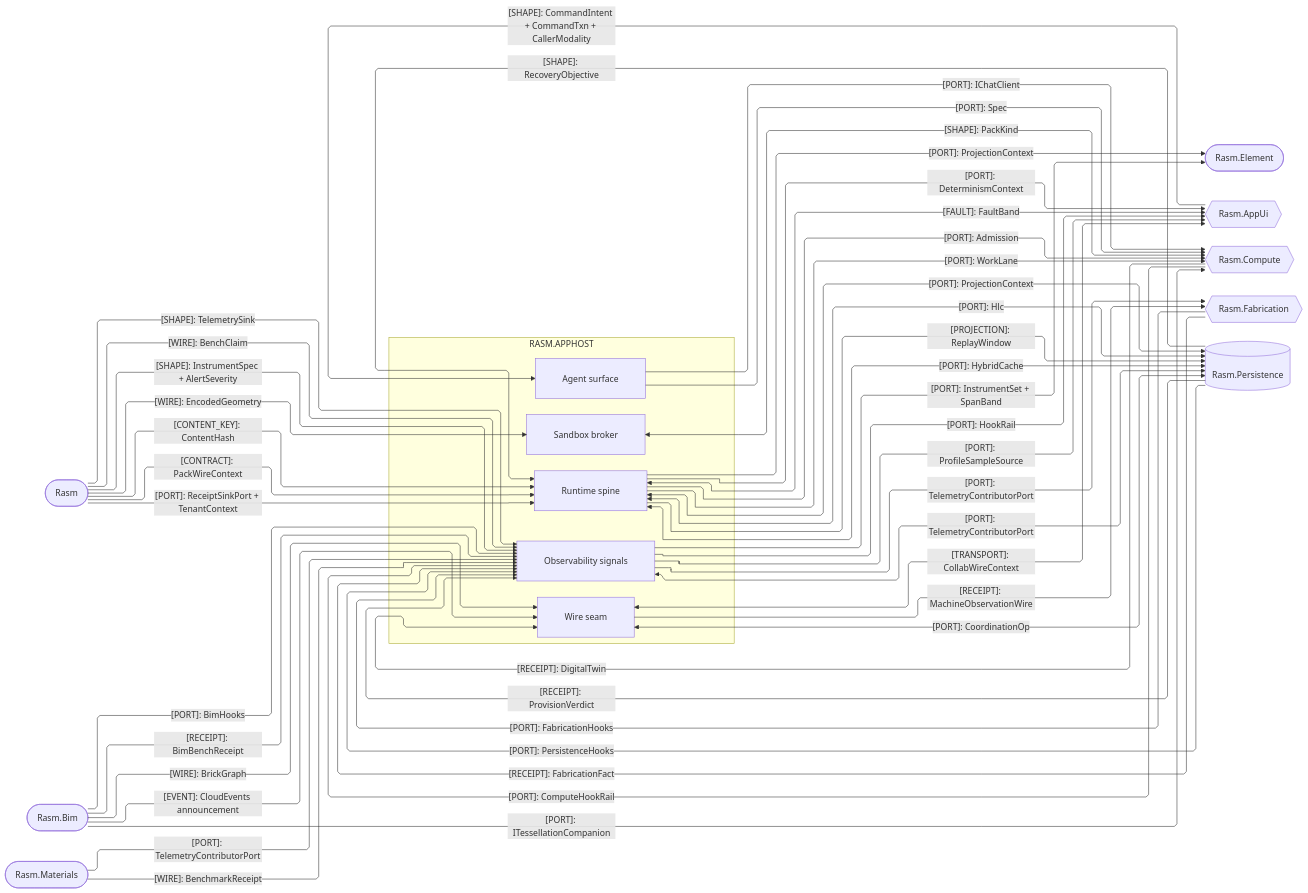
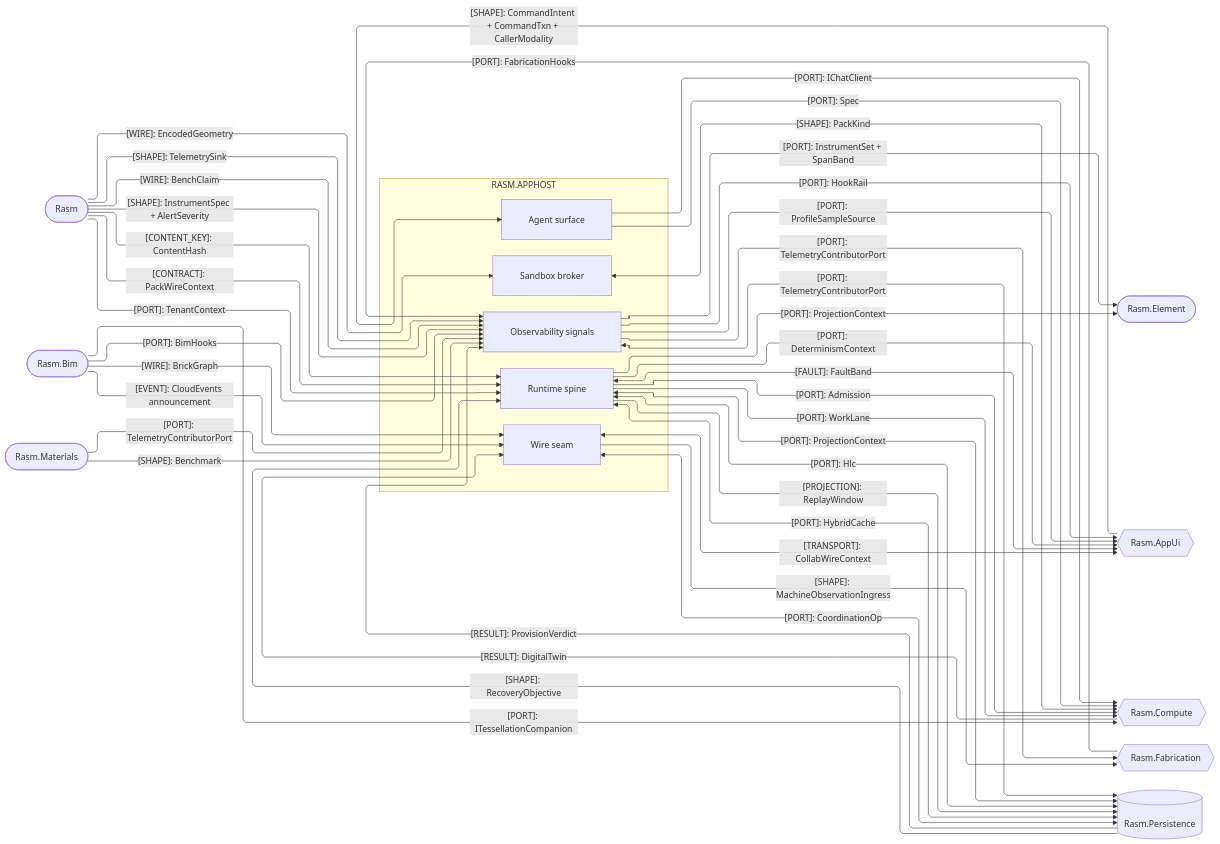
Before and after one commit to bsamiee/Rasm: the third of 4 diagrams in libs/dotnet/Rasm.AppHost/ARCHITECTURE.md, drawn with Mermaid. The commit also changed other lines of this file and 1417 other files, not shown here.

````diff
--- a/libs/dotnet/Rasm.AppHost/ARCHITECTURE.md
+++ b/libs/dotnet/Rasm.AppHost/ARCHITECTURE.md
@@ -155,69 +154,65 @@
 ```mermaid
 ---
 config:
   layout: elk
   flowchart:
     curve: linear
     padding: 25
 ---
 flowchart LR
     accTitle: AppHost C# platform seams
-    accDescr: Which ports, wires, receipts, and content keys cross between AppHost and every .NET peer.
+    accDescr: Which ports, wires, domain shapes, and content keys cross between AppHost and every .NET peer.
     subgraph apphost[RASM.APPHOST]
         Runtime[Runtime spine]
         Agent[Agent surface]
         Wire[Wire seam]
         Sandbox[Sandbox broker]
         Observability[Observability signals]
     end
     Kernel([Rasm])
     Bim([Rasm.Bim])
     Element([Rasm.Element])
     Materials([Rasm.Materials])
     AppUi{{Rasm.AppUi}}
     Compute{{Rasm.Compute}}
     Fabrication{{Rasm.Fabrication}}
     Persistence[(Rasm.Persistence)]
     Kernel e1@-->|"[WIRE]: EncodedGeometry"| Sandbox
     Kernel e2@-->|"[SHAPE]: TelemetrySink"| Observability
     Kernel e3@-->|"[WIRE]: BenchClaim"| Observability
     Kernel e4@-->|"[SHAPE]: InstrumentSpec + AlertSeverity"| Observability
     Kernel e5@-->|"[CONTENT_KEY]: ContentHash"| Runtime
     Kernel e6@-->|"[CONTRACT]: PackWireContext"| Runtime
-    Kernel e7@-->|"[PORT]: ReceiptSinkPort + TenantContext"| Runtime
+    Kernel e7@-->|"[PORT]: TenantContext"| Runtime
     Bim e8@-->|"[PORT]: BimHooks"| Observability
-    Bim e9@-->|"[RECEIPT]: BimBenchReceipt"| Observability
     Bim e10@-->|"[EVENT]: CloudEvents announcement"| Wire
     Bim e11@-->|"[WIRE]: BrickGraph"| Wire
     Bim e42@-->|"[PORT]: ITessellationCompanion"| Compute
     Runtime e12@-->|"[PORT]: ProjectionContext"| Element
     Observability e13@-->|"[PORT]: InstrumentSet + SpanBand"| Element
     Materials e14@-->|"[PORT]: TelemetryContributorPort"| Observability
-    Materials e15@-->|"[WIRE]: BenchmarkReceipt"| Observability
+    Materials e15@-->|"[SHAPE]: Benchmark"| Observability
     Runtime e16@-->|"[PORT]: DeterminismContext"| AppUi
     Runtime e17@<-->|"[PORT]: ProjectionContext"| Persistence
     Wire e18@<-->|"[PORT]: CoordinationOp"| Persistence
     Runtime e19@<-->|"[PORT]: Hlc"| Persistence
     Persistence e20@-->|"[SHAPE]: RecoveryObjective"| Runtime
     Runtime e21@-->|"[PROJECTION]: ReplayWindow"| Persistence
     Runtime e22@<-->|"[PORT]: HybridCache"| Persistence
-    Persistence e23@-->|"[RECEIPT]: ProvisionVerdict"| Observability
+    Persistence e23@-->|"[RESULT]: ProvisionVerdict"| Observability
     Observability e24@<-->|"[PORT]: TelemetryContributorPort"| Persistence
-    Persistence e25@-->|"[PORT]: PersistenceHooks"| Observability
     Observability e26@-->|"[PORT]: HookRail"| AppUi
     Runtime e27@<-->|"[FAULT]: FaultBand"| AppUi
     Observability e28@-->|"[PORT]: ProfileSampleSource"| AppUi
-    Fabrication e29@-->|"[RECEIPT]: FabricationFact"| Observability
     Fabrication e30@-->|"[PORT]: FabricationHooks"| Observability
     Observability e31@-->|"[PORT]: TelemetryContributorPort"| Fabrication
-    Wire e32@-->|"[RECEIPT]: MachineObservationWire"| Fabrication
+    Wire e32@-->|"[SHAPE]: MachineObservationIngress"| Fabrication
     Runtime e33@-->|"[PORT]: Admission"| Compute
     Runtime e34@-->|"[PORT]: WorkLane"| Compute
     Agent e35@-->|"[PORT]: IChatClient"| Compute
     Agent e36@-->|"[PORT]: Spec"| Compute
-    Compute e37@-->|"[PORT]: ComputeHookRail"| Observability
-    Compute e38@-->|"[RECEIPT]: DigitalTwin"| Wire
+    Compute e38@-->|"[RESULT]: DigitalTwin"| Wire
     Wire e39@<-->|"[TRANSPORT]: CollabWireContext"| AppUi
     Sandbox e40@<-->|"[SHAPE]: PackKind"| Compute
     AppUi e41@-->|"[SHAPE]: CommandIntent + CommandTxn + CallerModality"| Agent
 ```
````
